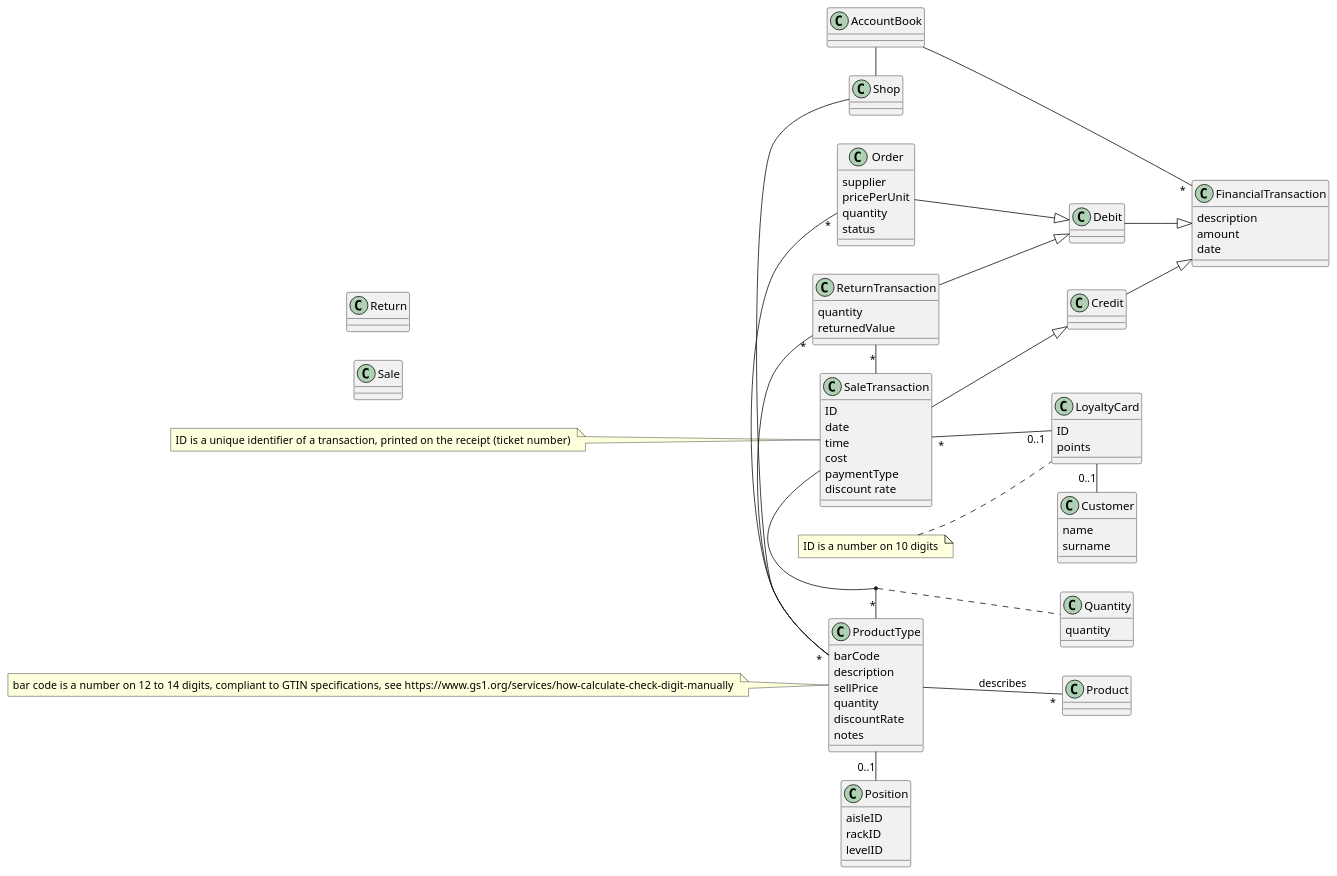
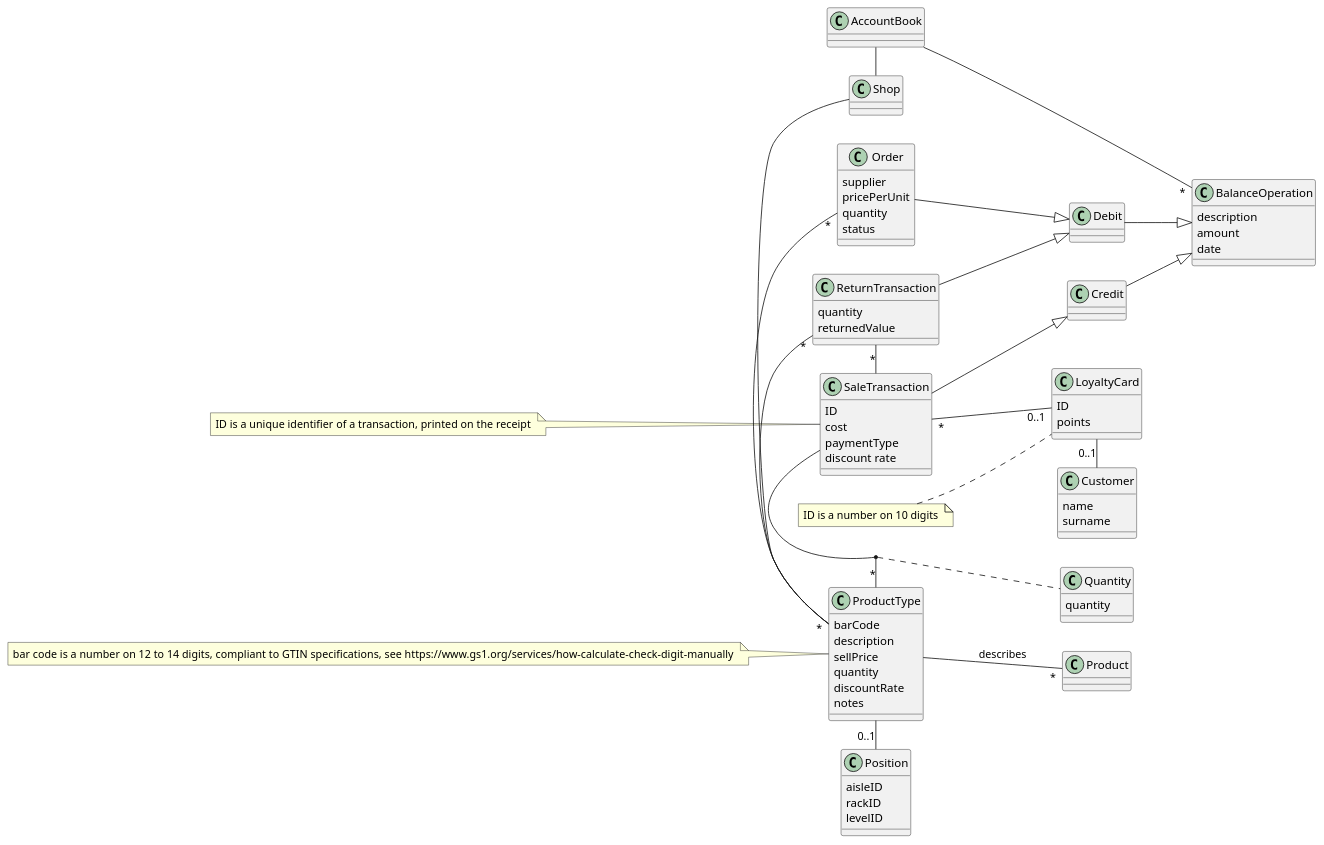
Before and after one commit to mkexc/ezshop: the third of 5 diagrams in OfficialRequirements.md, drawn with PlantUML. The commit also changed other lines of this file and 3 other files, not shown here.

Commit message:
Deliverables: updated LowLevel, added new sequence diagrams, added estimation by activity decomposition and Gantt diagram

````diff
--- a/OfficialRequirements.md
+++ b/OfficialRequirements.md
@@ -798,22 +800,21 @@
 class Shop
 class AccountBook 
 AccountBook - Shop
-class FinancialTransaction {
+class BalanceOperation {
  description
  amount
  date
 }
-AccountBook -- "*" FinancialTransaction
+AccountBook -- "*" BalanceOperation
 
 class Credit 
 class Debit
 
-Credit --|> FinancialTransaction
-Debit --|> FinancialTransaction
+Credit --|> BalanceOperation
+Debit --|> BalanceOperation
 
 class Order
-class Sale
-class Return
+
 
 Order --|> Debit
 SaleTransaction --|> Credit
@@ -833,8 +834,6 @@
 
 class SaleTransaction {
     ID 
-    date
-    time
     cost
     paymentType
     discount rate
@@ -895,7 +894,7 @@
 N1 .. LoyaltyCard
 note "bar code is a number on 12 to 14  digits, compliant to GTIN specifications, see  https://www.gs1.org/services/how-calculate-check-digit-manually " as N2  
 N2 .. ProductType
-note "ID is a unique identifier of a transaction,  printed on the receipt (ticket number) " as N3
+note "ID is a unique identifier of a transaction,  printed on the receipt " as N3
 N3 .. SaleTransaction
 @enduml
 ```
````
